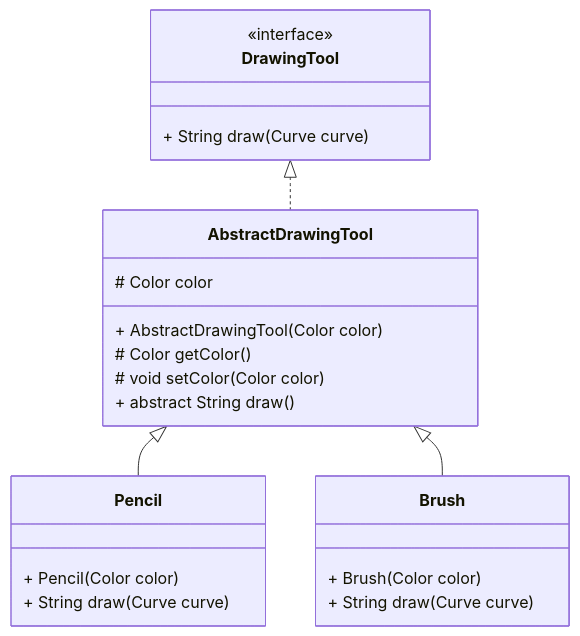
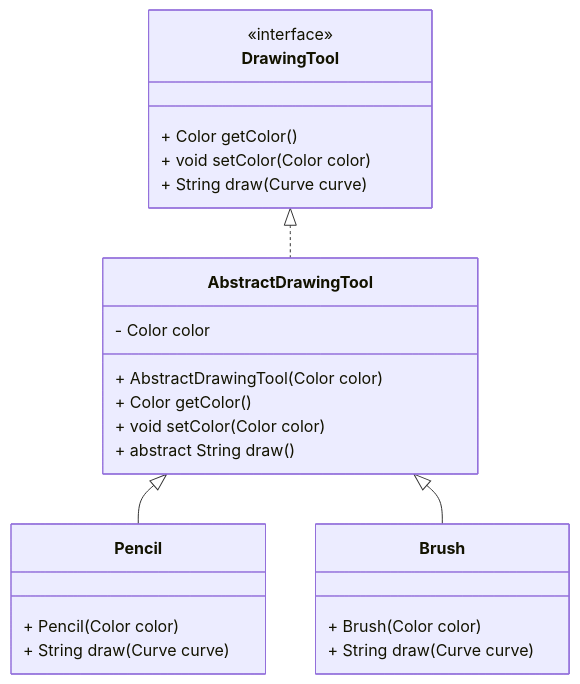
The eighth of 10 diagrams in slides/E3.3 - Java Classes (Interfaces, abstract classes).md (nbicocchi/learn-java-core), drawn with Mermaid before and after one commit. The commit also changed other lines of this file and 1 other file, not shown here.

````diff
--- a/slides/E3.3 - Java Classes (Interfaces, abstract classes).md
+++ b/slides/E3.3 - Java Classes (Interfaces, abstract classes).md
@@ -479,29 +479,31 @@
 ```mermaid
 classDiagram
    class DrawingTool {
       <<interface>>
+      + Color getColor()
+      + void setColor(Color color)
       + String draw(Curve curve)
    }
 
    class AbstractDrawingTool {
-      # Color color
+      - Color color
       + AbstractDrawingTool(Color color)
-      # Color getColor()
-      # void setColor(Color color)
+      + Color getColor()
+      + void setColor(Color color)
       + abstract String draw()
    }
 
    class Pencil {
       + Pencil(Color color)
       + String draw(Curve curve)
    }
 
    class Brush {
       + Brush(Color color)
       + String draw(Curve curve)
    }
 
    DrawingTool <|.. AbstractDrawingTool
    AbstractDrawingTool <|-- Pencil
    AbstractDrawingTool <|-- Brush
 ```
````
